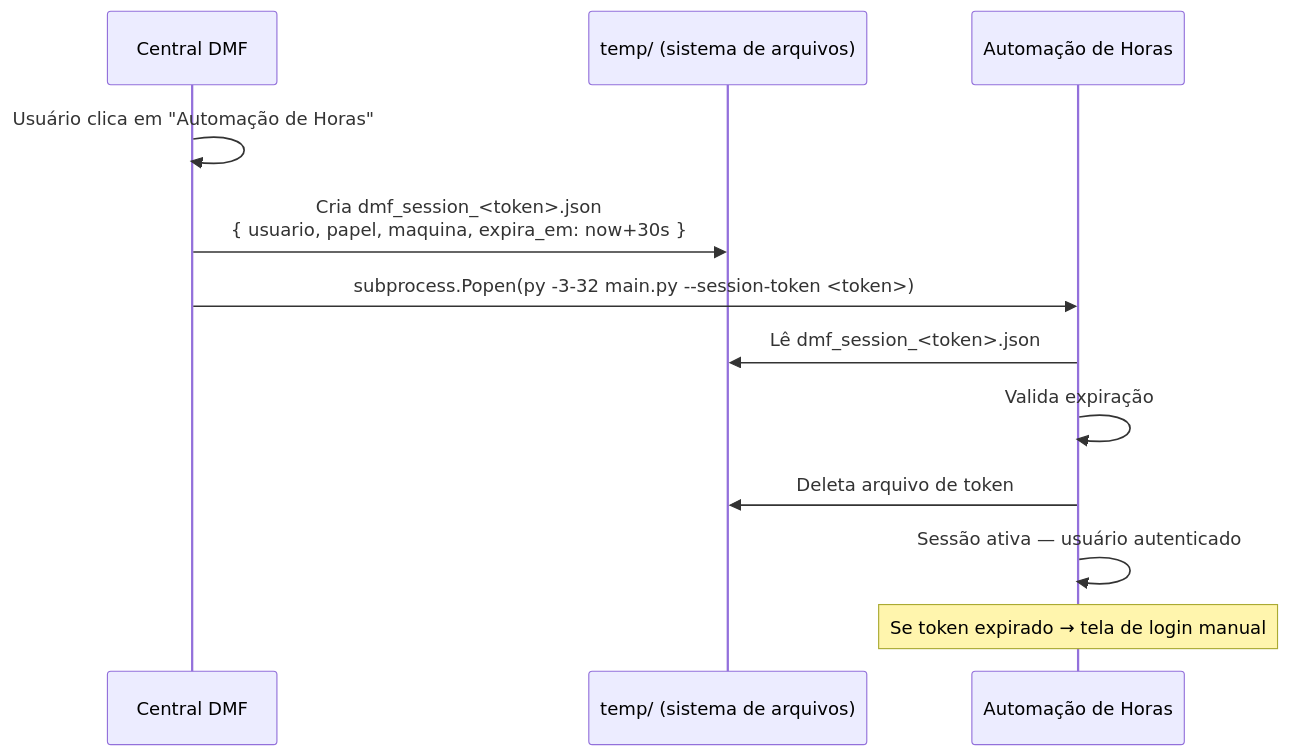
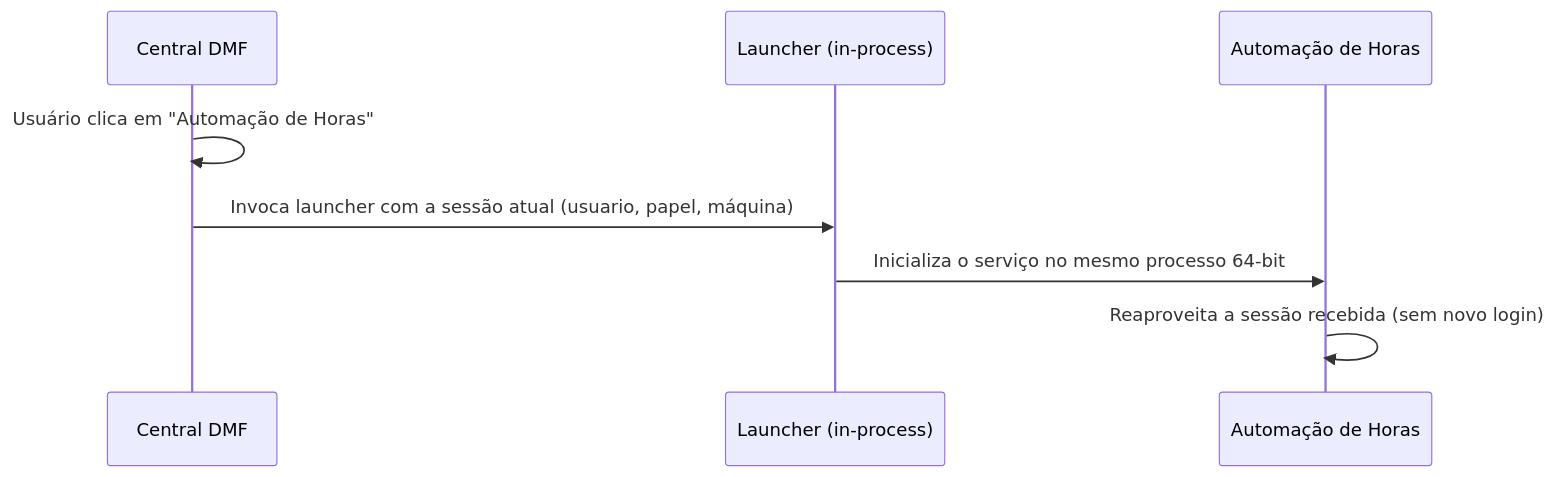
Before and after one commit to cors4rio/dmf-data-engine: the third of 4 diagrams in docs/design-patterns.md, drawn with Mermaid. The commit also changed other lines of this file and 30 other files, not shown here.

````diff
--- a/docs/design-patterns.md
+++ b/docs/design-patterns.md
@@ -106,15 +100,11 @@
 ```mermaid
 sequenceDiagram
     participant C as Central DMF
-    participant TMP as temp/ (sistema de arquivos)
+    participant L as Launcher (in-process)
     participant A as Automação de Horas
 
     C->>C: Usuário clica em "Automação de Horas"
-    C->>TMP: Cria dmf_session_<token>.json<br/>{ usuario, papel, maquina, expira_em: now+30s }
-    C->>A: subprocess.Popen(py -3-32 main.py --session-token <token>)
-    A->>TMP: Lê dmf_session_<token>.json
-    A->>A: Valida expiração
-    A->>TMP: Deleta arquivo de token
-    A->>A: Sessão ativa — usuário autenticado
-    Note over A: Se token expirado → tela de login manual
+    C->>L: Invoca launcher com a sessão atual (usuario, papel, máquina)
+    L->>A: Inicializa o serviço no mesmo processo 64-bit
+    A->>A: Reaproveita a sessão recebida (sem novo login)
 ```
````
